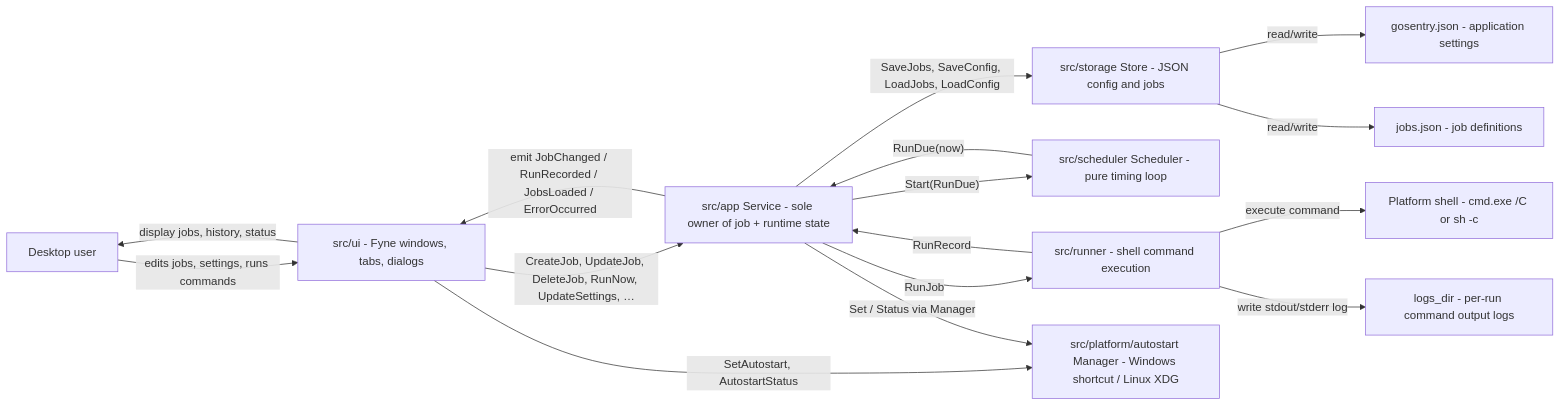
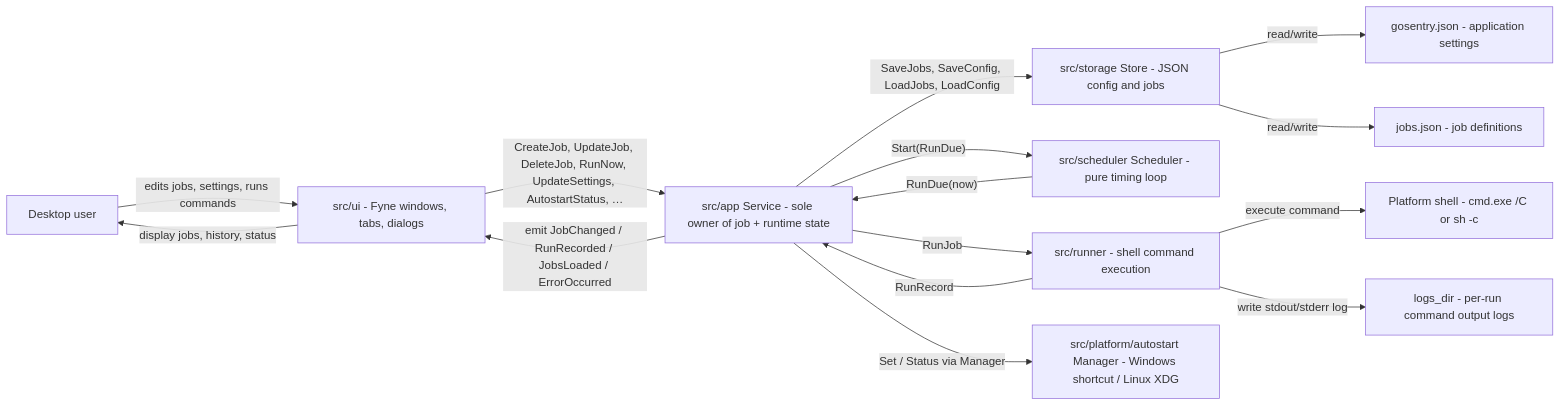
Before and after one commit to mixeme/gosentry: the diagram in docs/ARCHITECTURE.md, drawn with Mermaid. The commit also changed other lines of this file and 3 other files, not shown here.

````diff
--- a/docs/ARCHITECTURE.md
+++ b/docs/ARCHITECTURE.md
@@ -28,32 +28,31 @@
 ```mermaid
 flowchart LR
     user["Desktop user"]
     ui["src/ui - Fyne windows, tabs, dialogs"]
     svc["src/app Service - sole owner of job + runtime state"]
     store["src/storage Store - JSON config and jobs"]
     sched["src/scheduler Scheduler - pure timing loop"]
     runner["src/runner - shell command execution"]
     autostart["src/platform/autostart Manager - Windows shortcut / Linux XDG"]
     config["gosentry.json - application settings"]
     jobs["jobs.json - job definitions"]
     logs["logs_dir - per-run command output logs"]
     shell["Platform shell - cmd.exe /C or sh -c"]
 
     user -->|"edits jobs, settings, runs commands"| ui
-    ui -->|"CreateJob, UpdateJob, DeleteJob, RunNow, UpdateSettings, …"| svc
+    ui -->|"CreateJob, UpdateJob, DeleteJob, RunNow, UpdateSettings, AutostartStatus, …"| svc
     svc -->|"SaveJobs, SaveConfig, LoadJobs, LoadConfig"| store
     store -->|"read/write"| config
     store -->|"read/write"| jobs
 
     svc -->|"Start(RunDue)"| sched
     sched -->|"RunDue(now)"| svc
     svc -->|"RunJob"| runner
     runner -->|"execute command"| shell
     runner -->|"write stdout/stderr log"| logs
     runner -->|"RunRecord"| svc
     svc -->|"emit JobChanged / RunRecorded / JobsLoaded / ErrorOccurred"| ui
     ui -->|"display jobs, history, status"| user
 
-    ui -->|"SetAutostart, AutostartStatus"| autostart
     svc -->|"Set / Status via Manager"| autostart
 ```
````
